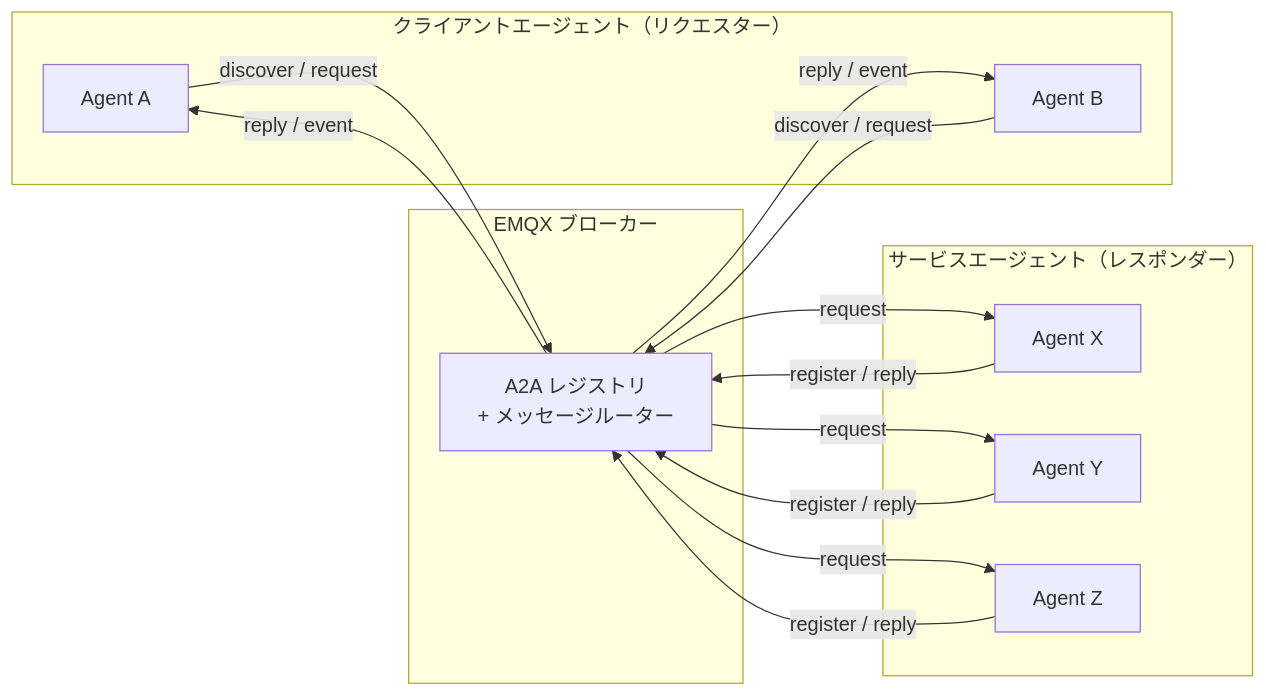
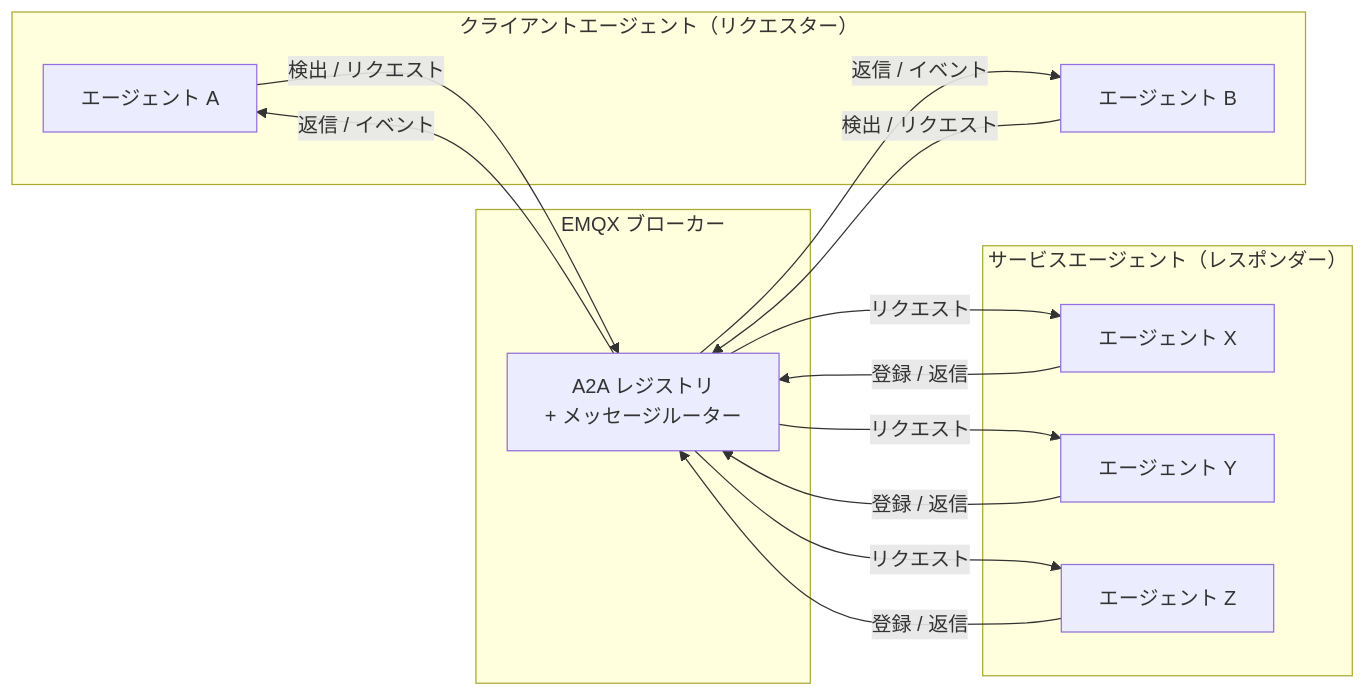
One commit to emqx/emqx-docs changed the first of 2 diagrams in ja_JP/develop/emqx-ai/a2a-over-mqtt/architecture.md. Above: the diagram before and after it, drawn with Mermaid. The commit also changed other lines of this file and 425 other files, not shown here.

````diff
--- a/ja_JP/develop/emqx-ai/a2a-over-mqtt/architecture.md
+++ b/ja_JP/develop/emqx-ai/a2a-over-mqtt/architecture.md
@@ -13,28 +13,28 @@
 ```mermaid
 graph LR
     subgraph "クライアントエージェント（リクエスター）"
-        CA1[Agent A]
-        CA2[Agent B]
+        CA1[エージェント A]
+        CA2[エージェント B]
     end
 
     subgraph "EMQX ブローカー"
         B[A2A レジストリ\n+ メッセージルーター]
     end
 
     subgraph "サービスエージェント（レスポンダー）"
-        SA1[Agent X]
-        SA2[Agent Y]
-        SA3[Agent Z]
+        SA1[エージェント X]
+        SA2[エージェント Y]
+        SA3[エージェント Z]
     end
 
-    CA1 -- "discover / request" --> B
-    CA2 -- "discover / request" --> B
-    B -- "reply / event" --> CA1
-    B -- "reply / event" --> CA2
-    B -- "request" --> SA1
-    B -- "request" --> SA2
-    B -- "request" --> SA3
-    SA1 -- "register / reply" --> B
-    SA2 -- "register / reply" --> B
-    SA3 -- "register / reply" --> B
+    CA1 -- "検出 / リクエスト" --> B
+    CA2 -- "検出 / リクエスト" --> B
+    B -- "返信 / イベント" --> CA1
+    B -- "返信 / イベント" --> CA2
+    B -- "リクエスト" --> SA1
+    B -- "リクエスト" --> SA2
+    B -- "リクエスト" --> SA3
+    SA1 -- "登録 / 返信" --> B
+    SA2 -- "登録 / 返信" --> B
+    SA3 -- "登録 / 返信" --> B
 ```
````
